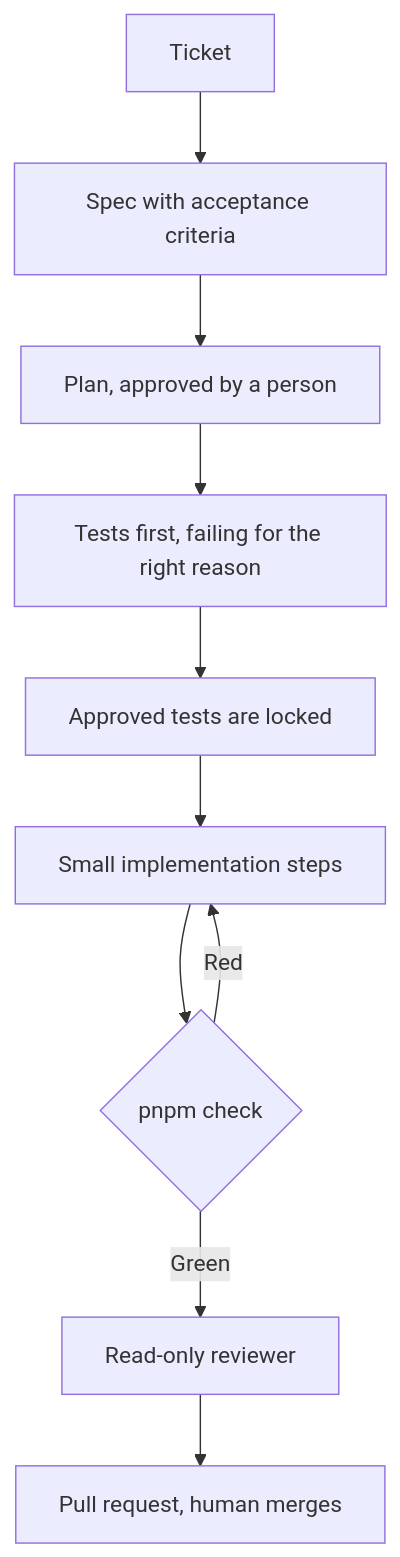
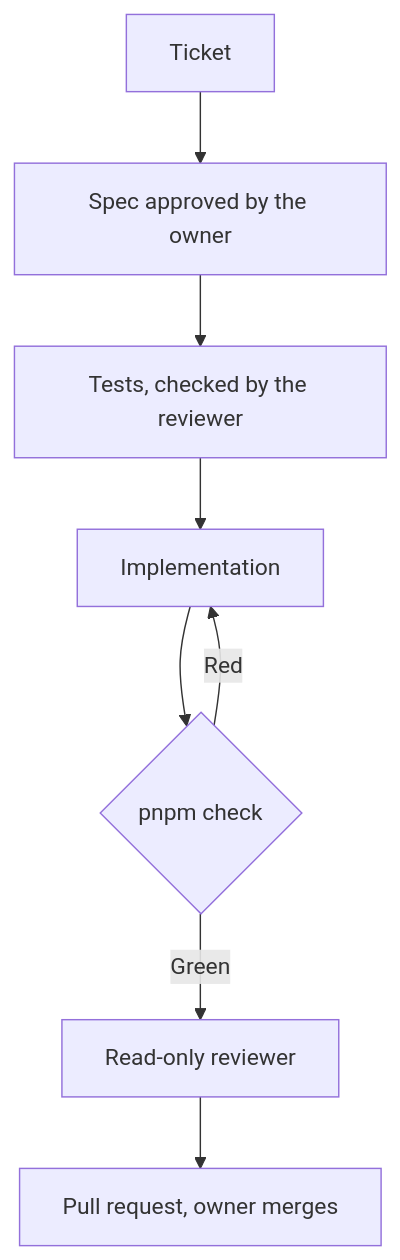
Before and after one commit to koszczapinski/forkcast: the diagram in README.md, drawn with Mermaid. The commit also changed other lines of this file and 14 other files, not shown here.

````diff
--- a/README.md
+++ b/README.md
@@ -9,12 +9,10 @@
 ```mermaid
 flowchart TD
-  ticket[Ticket] --> spec[Spec with acceptance criteria]
-  spec --> plan[Plan, approved by a person]
-  plan --> tests[Tests first, failing for the right reason]
-  tests --> lock[Approved tests are locked]
-  lock --> impl[Small implementation steps]
+  ticket[Ticket] --> spec[Spec approved by the owner]
+  spec --> tests[Tests, checked by the reviewer]
+  tests --> impl[Implementation]
   impl --> gate{pnpm check}
   gate -->|Red| impl
   gate -->|Green| review[Read-only reviewer]
-  review --> pr[Pull request, human merges]
+  review --> pr[Pull request, owner merges]
 ```
````
